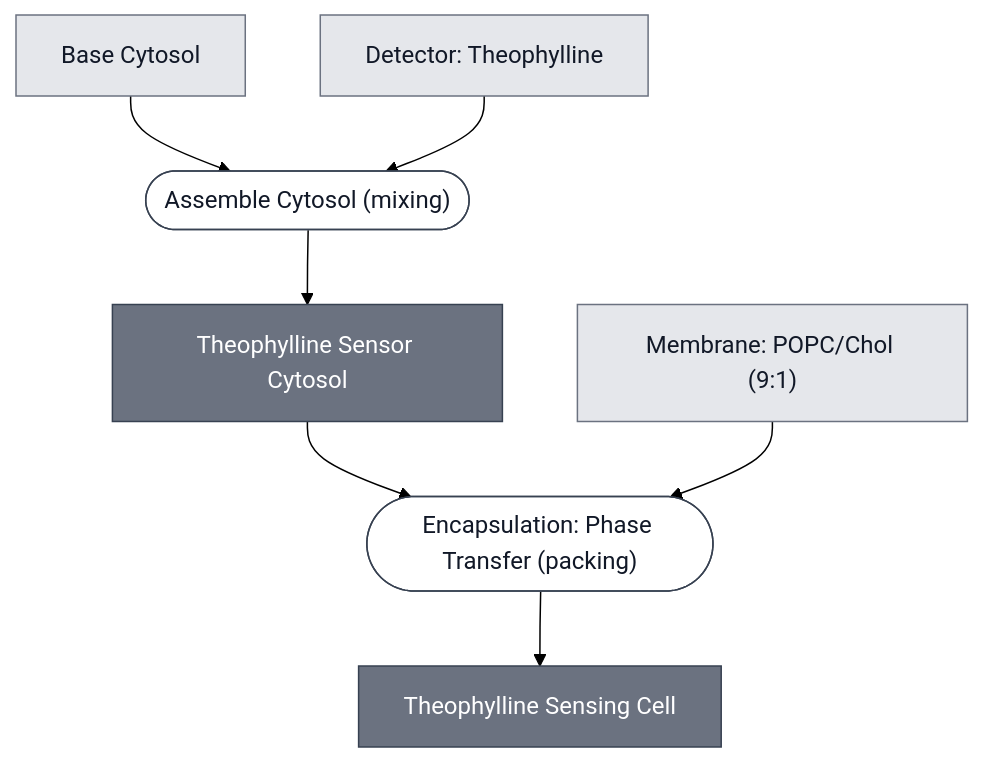
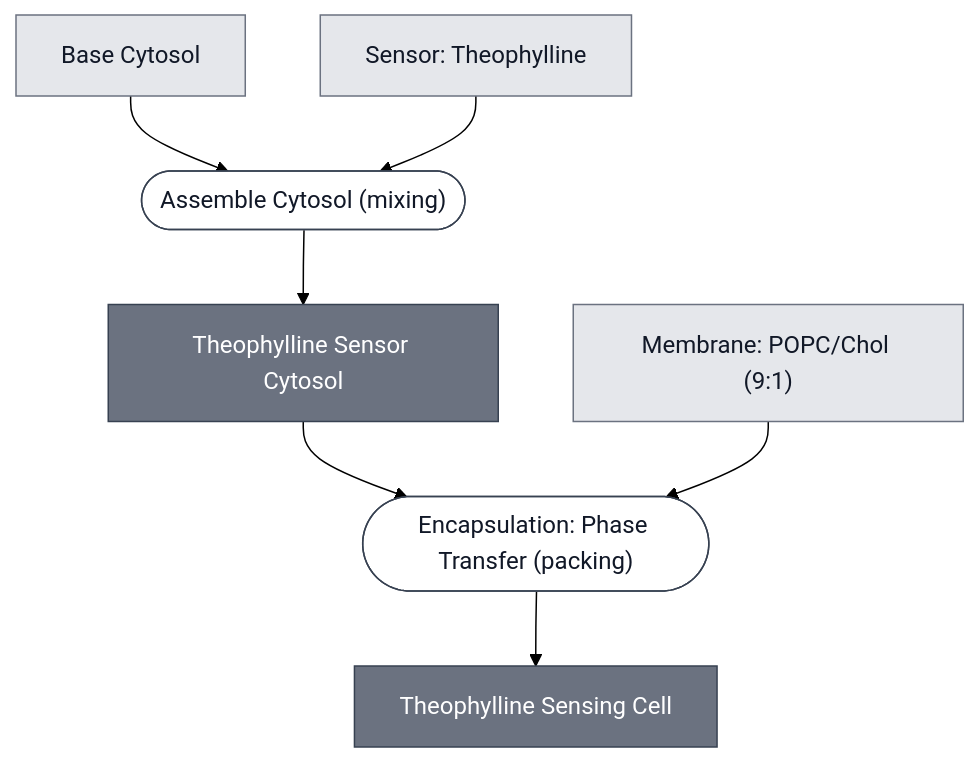
Before and after one commit to nucleus-eng/nucleus-docs: the diagram in docs/modules/theophylline-sensing-cell/spec.md, drawn with Mermaid (forest theme). The commit also changed other lines of this file and 25 other files, not shown here.

First line of the commit message:
Detector becomes Sensor in titles, and the cytosol labels lose their parentheses

````diff
--- a/docs/modules/theophylline-sensing-cell/spec.md
+++ b/docs/modules/theophylline-sensing-cell/spec.md
@@ -29,35 +29,35 @@
 ```mermaid
 flowchart TD
     BASE_CYTOSOL["Base Cytosol"]
-    DETECTOR_THEOPHYLLINE["Detector: Theophylline"]
+    DETECTOR_THEOPHYLLINE["Sensor: Theophylline"]
     MEMBRANE_CHICAGO["Membrane: POPC/Chol (9:1)"]
 
     P1_ASSEMBLE_CYTOSOL_0(["Assemble Cytosol (mixing)"])
     THEOPHYLLINE_SENSOR_CYTOSOL["Theophylline Sensor Cytosol"]
     P2_ENCAPSULATE_0(["Encapsulation: Phase Transfer (packing)"])
     THEOPHYLLINE_SENSING_CELL["Theophylline Sensing Cell"]
 
     BASE_CYTOSOL --> P1_ASSEMBLE_CYTOSOL_0
     DETECTOR_THEOPHYLLINE --> P1_ASSEMBLE_CYTOSOL_0
     P1_ASSEMBLE_CYTOSOL_0 --> THEOPHYLLINE_SENSOR_CYTOSOL
 
     THEOPHYLLINE_SENSOR_CYTOSOL --> P2_ENCAPSULATE_0
     MEMBRANE_CHICAGO --> P2_ENCAPSULATE_0
     P2_ENCAPSULATE_0 --> THEOPHYLLINE_SENSING_CELL
 
 
     classDef leaf     fill:#e5e7eb,stroke:#6b7280,color:#111827;
     classDef composed fill:#6b7280,stroke:#374151,color:#ffffff;
     classDef process  fill:#ffffff,stroke:#374151,color:#111827;
     class BASE_CYTOSOL,DETECTOR_THEOPHYLLINE,MEMBRANE_CHICAGO leaf;
     class THEOPHYLLINE_SENSOR_CYTOSOL,THEOPHYLLINE_SENSING_CELL composed;
     class P1_ASSEMBLE_CYTOSOL_0,P2_ENCAPSULATE_0 process;
 
     click BASE_CYTOSOL "/docs/modules/base-cytosol/spec"
     click DETECTOR_THEOPHYLLINE "/docs/modules/detector-theophylline/spec"
     click MEMBRANE_CHICAGO "/docs/modules/membrane-popc-chol-chicago/spec"
     click P1_ASSEMBLE_CYTOSOL_0 "/docs/processes/assemble-cytosol/assemble-cytosol-main"
     click THEOPHYLLINE_SENSOR_CYTOSOL "/docs/modules/theophylline-sensor-cytosol/spec"
     click P2_ENCAPSULATE_0 "/docs/processes/assemble-base-cell/main"
     click THEOPHYLLINE_SENSING_CELL "/docs/modules/theophylline-sensing-cell/spec"
 ```
````
